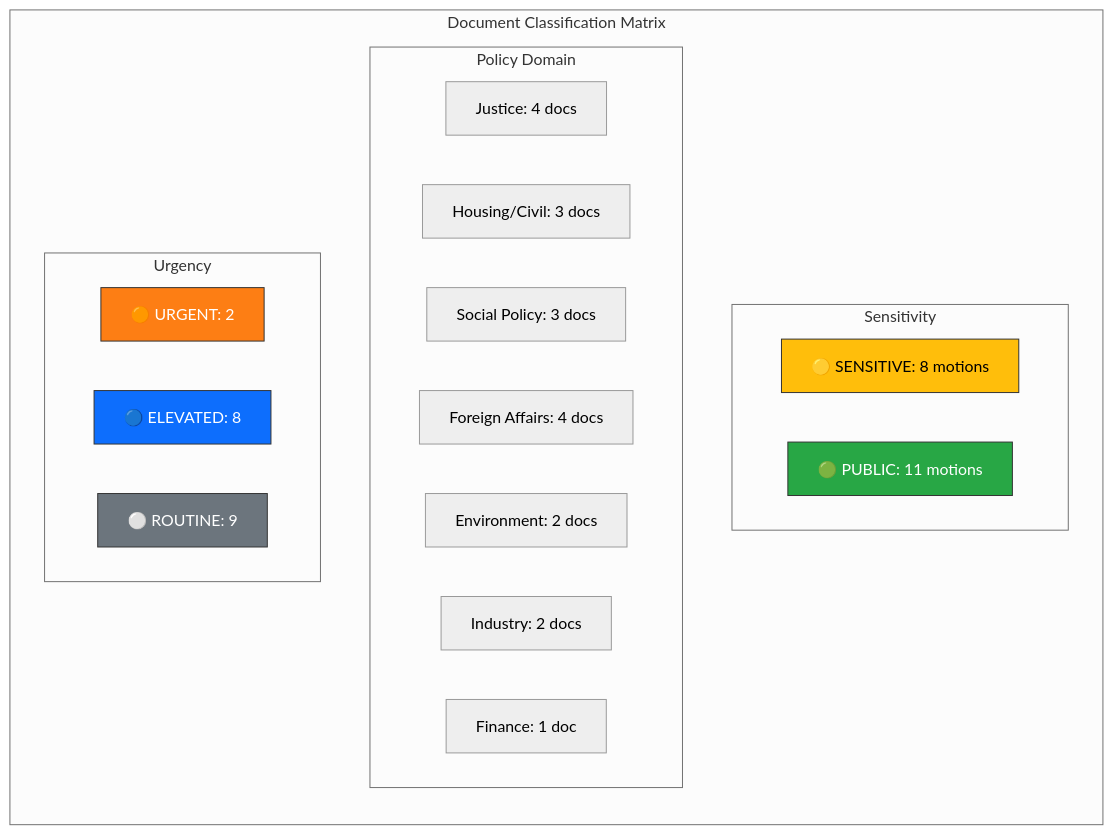
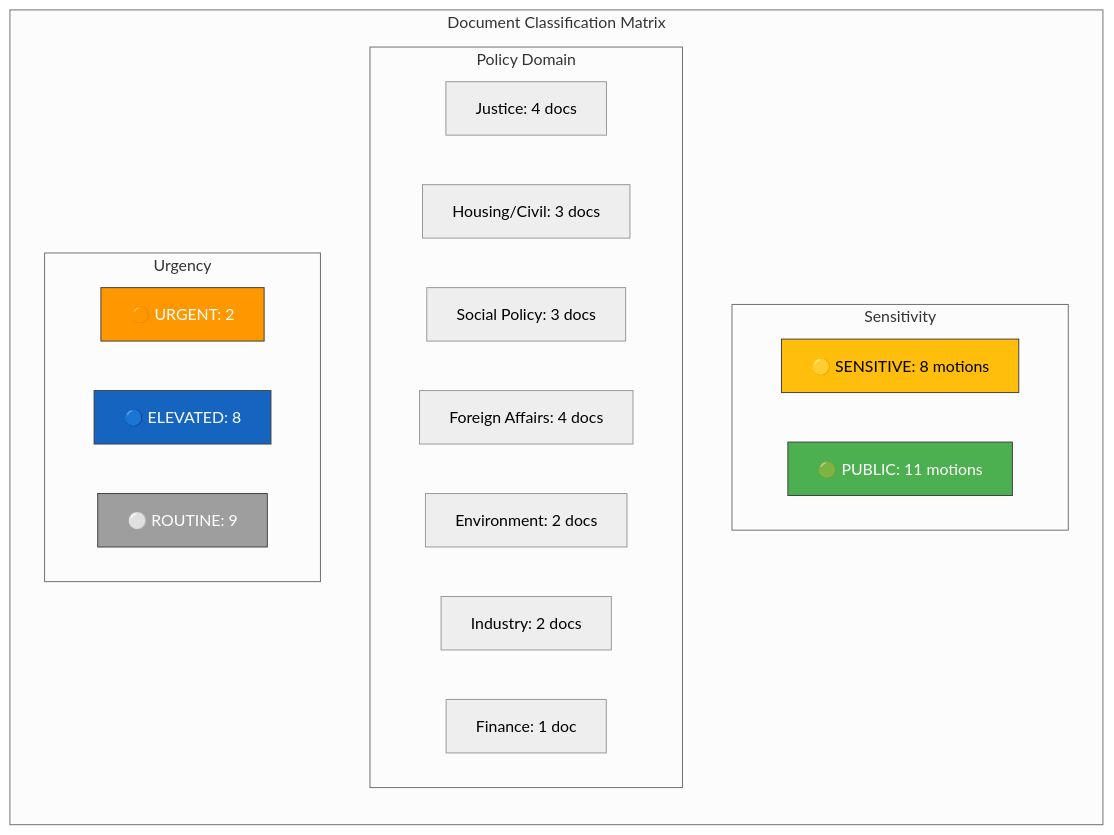
One commit to Hack23/riksdagsmonitor changed the diagram in analysis/daily/2026-04-10/motions/classification-results.md. Above: the diagram before and after it, drawn with Mermaid (neutral theme). The commit also changed 785 other files, not shown here.

First line of the commit message:
Normalize mermaid colors across 786 analysis artifacts to ISMS Style Guide palette

````diff
--- a/analysis/daily/2026-04-10/motions/classification-results.md
+++ b/analysis/daily/2026-04-10/motions/classification-results.md
@@ -15,29 +15,29 @@
 ```mermaid
 graph TD
     subgraph "Document Classification Matrix"
         direction TB
         subgraph "Sensitivity"
             S1["🟡 SENSITIVE: 8 motions"]
             S2["🟢 PUBLIC: 11 motions"]
         end
         subgraph "Policy Domain"
             D1["Justice: 4 docs"]
             D2["Housing/Civil: 3 docs"]
             D3["Social Policy: 3 docs"]
             D4["Foreign Affairs: 4 docs"]
             D5["Environment: 2 docs"]
             D6["Industry: 2 docs"]
             D7["Finance: 1 doc"]
         end
         subgraph "Urgency"
             U1["🟠 URGENT: 2"]
             U2["🔵 ELEVATED: 8"]
             U3["⚪ ROUTINE: 9"]
         end
     end
-    style S1 fill:#ffbe0b,stroke:#333,color:#000
-    style S2 fill:#28a745,stroke:#333,color:#fff
-    style U1 fill:#fd7e14,stroke:#333,color:#fff
-    style U2 fill:#0d6efd,stroke:#333,color:#fff
-    style U3 fill:#6c757d,stroke:#333,color:#fff
+    style S1 fill:#ffbe0b,stroke:#424242,color:#000000
+    style S2 fill:#4CAF50,stroke:#424242,color:#FFFFFF
+    style U1 fill:#FF9800,stroke:#424242,color:#FFFFFF
+    style U2 fill:#1565C0,stroke:#424242,color:#FFFFFF
+    style U3 fill:#9E9E9E,stroke:#424242,color:#FFFFFF
 ```
````
